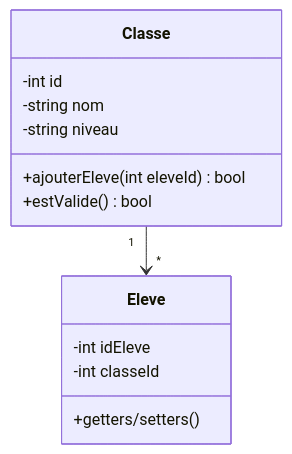
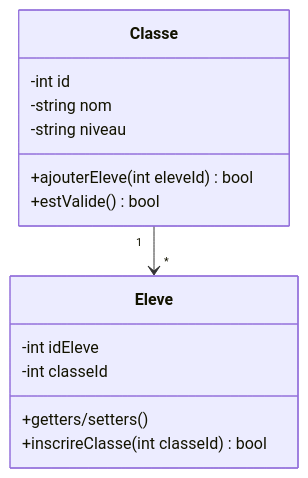
Before and after one commit to sorooty/PROJET-ECOSYSTEM-ERP: the second of 4 diagrams in README.md, drawn with Mermaid. The commit also changed other lines of this file, not shown here.

````diff
--- a/README.md
+++ b/README.md
@@ -398,18 +414,19 @@
 ```mermaid
 classDiagram
     class Classe {
         -int id
         -string nom
         -string niveau
         +ajouterEleve(int eleveId) bool
         +estValide() bool
     }
 
     class Eleve {
         -int idEleve
         -int classeId
         +getters/setters()
+        +inscrireClasse(int classeId) bool
     }
 
     Classe "1" --> "*" Eleve
 ```
````
